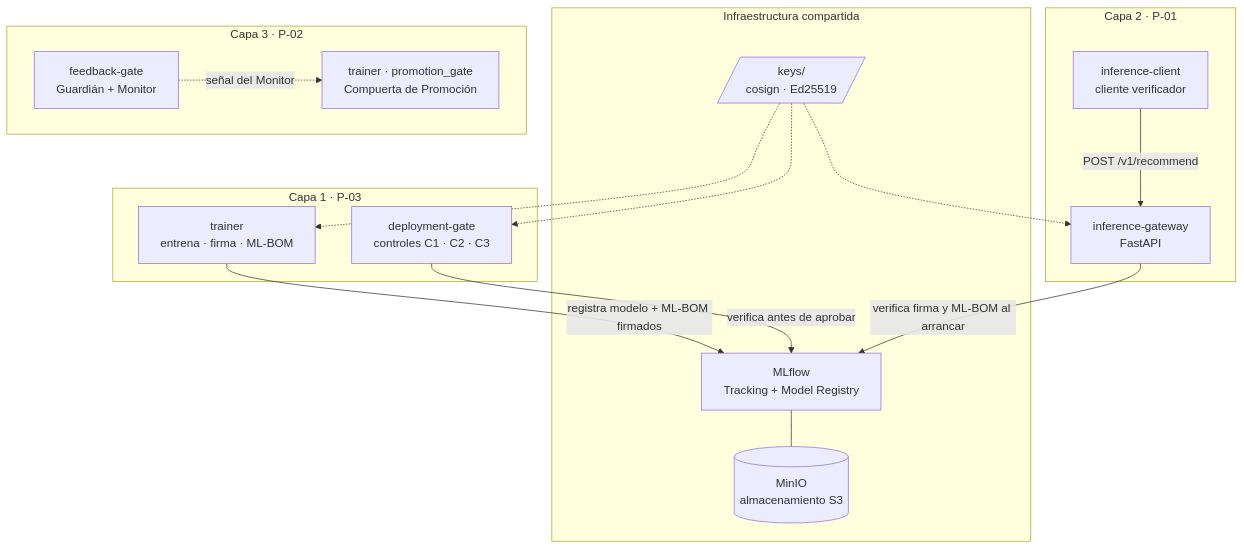
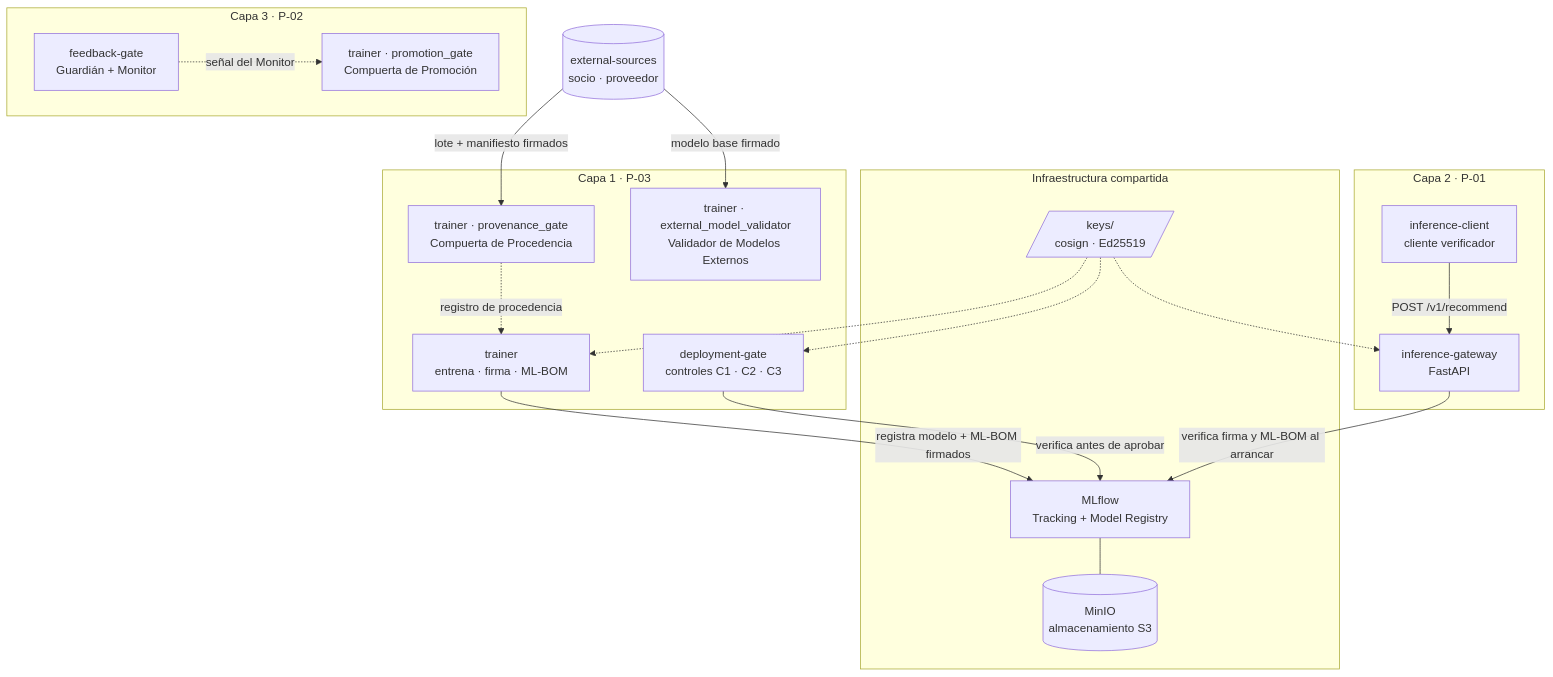
The second of 4 diagrams in README.md (nromeron/Prototipo-RecoShop), drawn with Mermaid before and after one commit. The commit also changed other lines of this file and 9 other files, not shown here.

Commit message:
P-03: Compuerta de Procedencia de Datos y Validador de Modelos Externos

````diff
--- a/README.md
+++ b/README.md
@@ -84,33 +84,39 @@
 ```mermaid
 flowchart TB
     subgraph INFRA["Infraestructura compartida"]
         MINIO[("MinIO<br/>almacenamiento S3")]
         MLFLOW["MLflow<br/>Tracking + Model Registry"]
         KEYS[/"keys/<br/>cosign · Ed25519"/]
         MLFLOW --- MINIO
     end
 
     subgraph L1["Capa 1 · P-03"]
+        PROV["trainer · provenance_gate<br/>Compuerta de Procedencia"]
+        EXT["trainer · external_model_validator<br/>Validador de Modelos Externos"]
         TRAINER["trainer<br/>entrena · firma · ML-BOM"]
         GATE["deployment-gate<br/>controles C1 · C2 · C3"]
     end
 
     subgraph L2["Capa 2 · P-01"]
         GW["inference-gateway<br/>FastAPI"]
         CLIENT["inference-client<br/>cliente verificador"]
     end
 
     subgraph L3["Capa 3 · P-02"]
         FB["feedback-gate<br/>Guardián + Monitor"]
         PG["trainer · promotion_gate<br/>Compuerta de Promoción"]
     end
 
+    SRC[("external-sources<br/>socio · proveedor")]
+    SRC -- "lote + manifiesto firmados" --> PROV
+    SRC -- "modelo base firmado" --> EXT
+    PROV -. "registro de procedencia" .-> TRAINER
     TRAINER -- "registra modelo + ML-BOM firmados" --> MLFLOW
     GATE -- "verifica antes de aprobar" --> MLFLOW
     GW -- "verifica firma y ML-BOM al arrancar" --> MLFLOW
     CLIENT -- "POST /v1/recommend" --> GW
     FB -. "señal del Monitor" .-> PG
     KEYS -.-> TRAINER
     KEYS -.-> GATE
     KEYS -.-> GW
 ```
````
